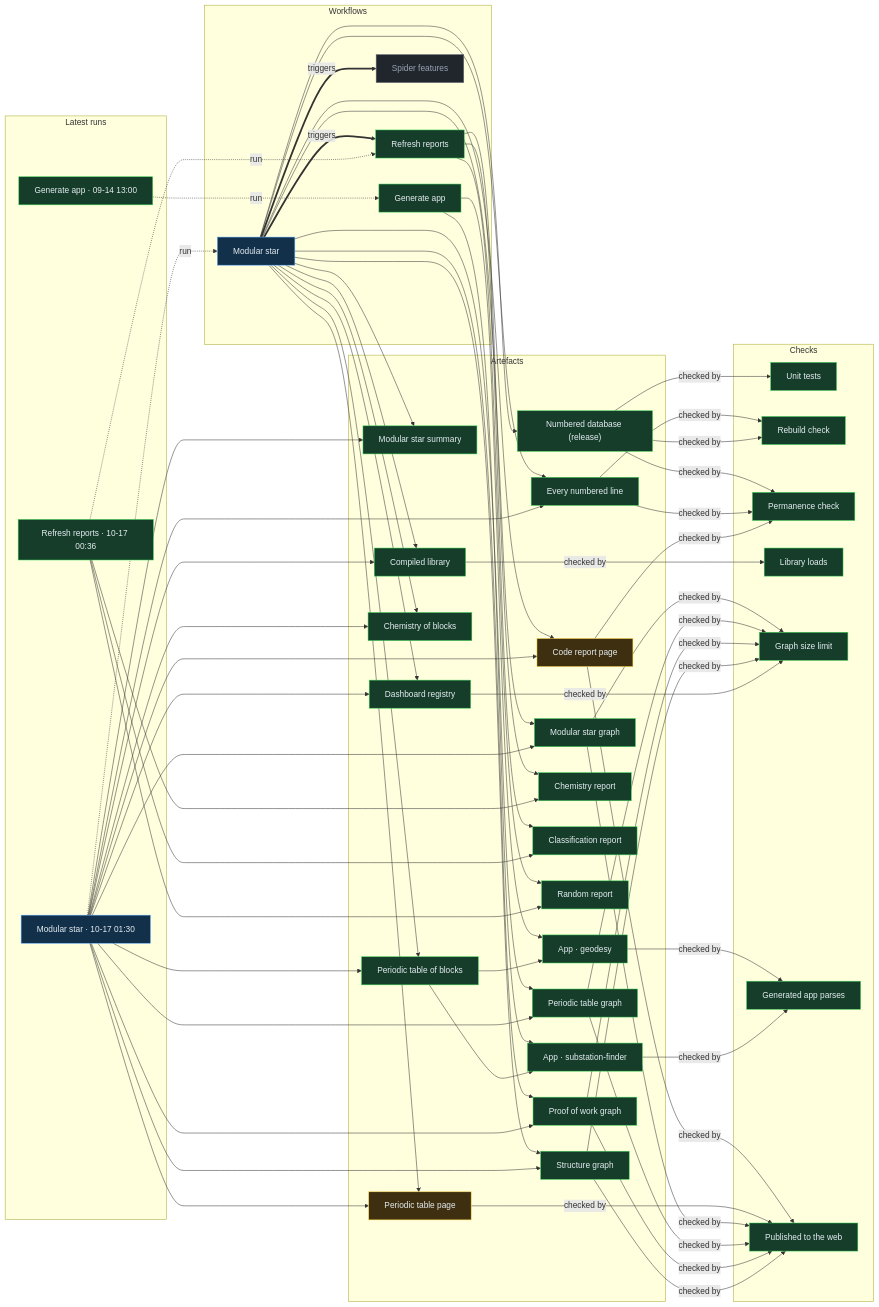
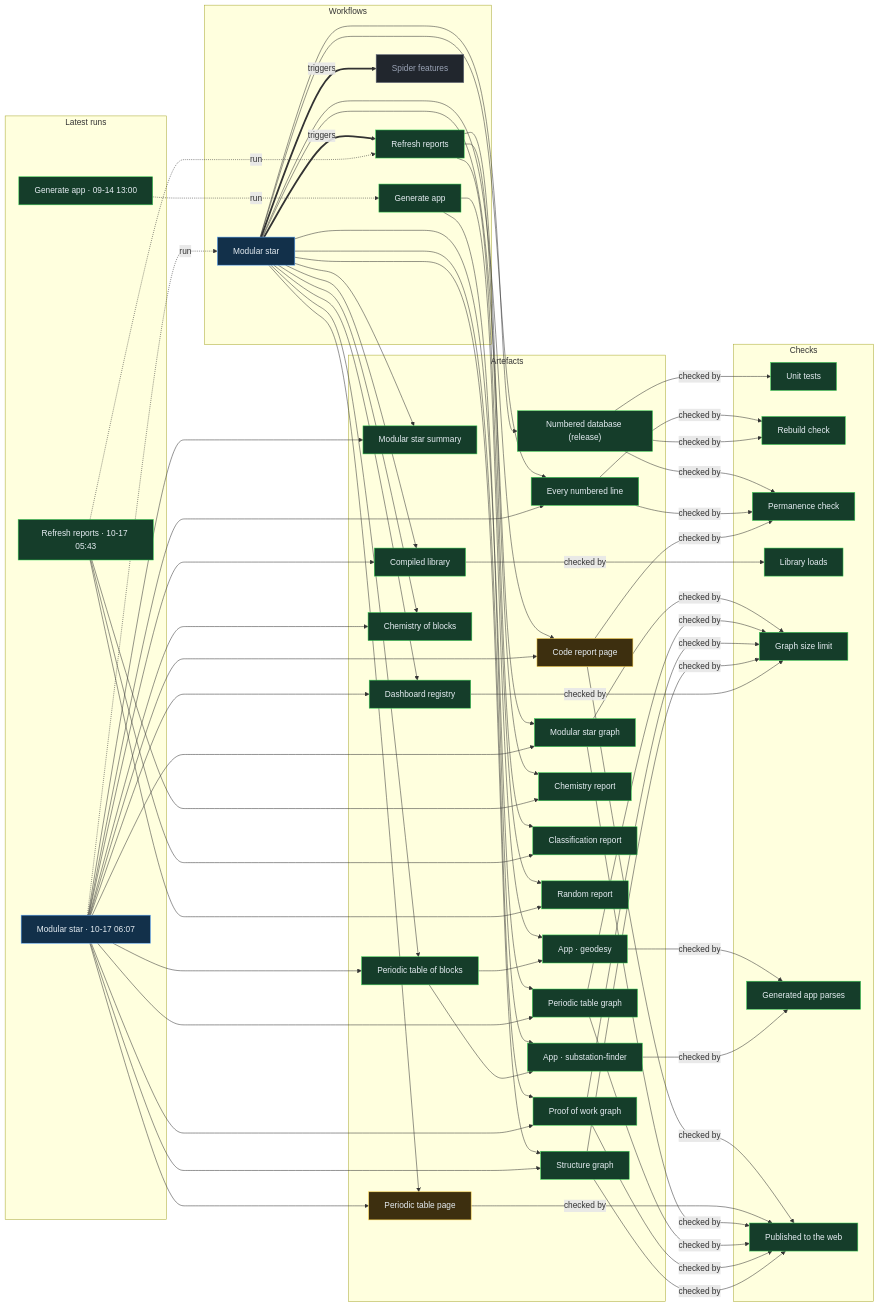
Before and after one commit to Ventusltd/stars: the diagram in proof/PROOF.md, drawn with Mermaid. The commit also changed other lines of this file and 33 other files, not shown here.

Commit message:
Modular star 2026-10-17T06:09Z

```diff
--- a/proof/PROOF.md
+++ b/proof/PROOF.md
@@ -24,8 +24,8 @@
   n_wf_spider_features["Spider features"]:::off
   end
   subgraph g_runs["Latest runs"]
-  n_run_38991148814["Modular star · 10-17 01:30"]:::live
-  n_run_38987168255["Refresh reports · 10-17 00:36"]:::ok
+  n_run_39008724792["Modular star · 10-17 06:07"]:::live
+  n_run_39007315950["Refresh reports · 10-17 05:43"]:::ok
   n_run_34846587798["Generate app · 09-14 13:00"]:::ok
   end
   subgraph g_artefacts["Artefacts"]
@@ -59,39 +59,39 @@
   end
   n_wf_modular_star == triggers ==> n_wf_refresh
   n_wf_modular_star == triggers ==> n_wf_spider_features
-  n_run_38991148814 -. run .-> n_wf_modular_star
-  n_run_38987168255 -. run .-> n_wf_refresh
+  n_run_39008724792 -. run .-> n_wf_modular_star
+  n_run_39007315950 -. run .-> n_wf_refresh
   n_run_34846587798 -. run .-> n_wf_generate
   n_wf_modular_star --> n_art_summary
-  n_run_38991148814 --> n_art_summary
+  n_run_39008724792 --> n_art_summary
   n_wf_modular_star --> n_art_lines
-  n_run_38991148814 --> n_art_lines
+  n_run_39008724792 --> n_art_lines
   n_wf_modular_star --> n_art_code
-  n_run_38991148814 --> n_art_code
+  n_run_39008724792 --> n_art_code
   n_wf_modular_star --> n_art_modular_graph
-  n_run_38991148814 --> n_art_modular_graph
+  n_run_39008724792 --> n_art_modular_graph
   n_wf_modular_star --> n_art_blocks
-  n_run_38991148814 --> n_art_blocks
+  n_run_39008724792 --> n_art_blocks
   n_wf_modular_star --> n_art_table
-  n_run_38991148814 --> n_art_table
+  n_run_39008724792 --> n_art_table
   n_wf_modular_star --> n_art_blocks_graph
-  n_run_38991148814 --> n_art_blocks_graph
+  n_run_39008724792 --> n_art_blocks_graph
   n_wf_modular_star --> n_art_reactions
-  n_run_38991148814 --> n_art_reactions
+  n_run_39008724792 --> n_art_reactions
   n_wf_modular_star --> n_art_library
-  n_run_38991148814 --> n_art_library
+  n_run_39008724792 --> n_art_library
   n_wf_modular_star --> n_art_features
-  n_run_38991148814 --> n_art_features
+  n_run_39008724792 --> n_art_features
   n_wf_modular_star --> n_art_proof
-  n_run_38991148814 --> n_art_proof
+  n_run_39008724792 --> n_art_proof
   n_wf_modular_star --> n_art_structure
-  n_run_38991148814 --> n_art_structure
+  n_run_39008724792 --> n_art_structure
   n_wf_refresh --> n_art_chemistry
-  n_run_38987168255 --> n_art_chemistry
+  n_run_39007315950 --> n_art_chemistry
   n_wf_refresh --> n_art_vedic
-  n_run_38987168255 --> n_art_vedic
+  n_run_39007315950 --> n_art_vedic
   n_wf_refresh --> n_art_random
-  n_run_38987168255 --> n_art_random
+  n_run_39007315950 --> n_art_random
   n_wf_modular_star --> n_art_release
   n_wf_generate --> n_app_geodesy
   n_art_blocks --> n_app_geodesy
```
